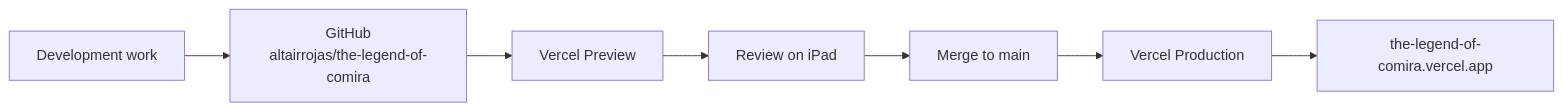
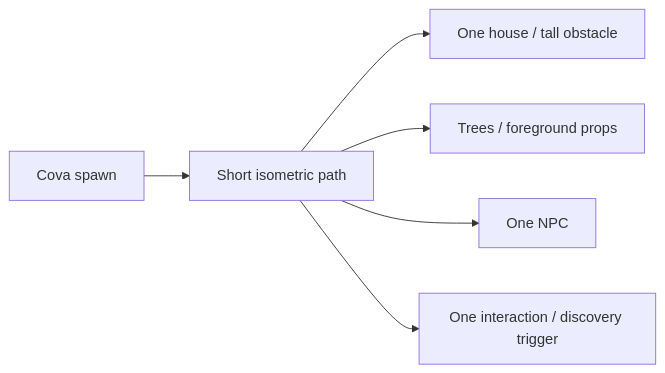
One commit to altairrojas/the-legend-of-comira changed the third of 5 diagrams in README.md. Above: the diagram before and after it, drawn with Mermaid. The commit also changed other lines of this file, not shown here.

Commit message:
docs: redefine game as isometric exploration RPG

````diff
--- a/README.md
+++ b/README.md
@@ -203,9 +302,8 @@
 ```mermaid
 graph LR;
-    Work["Development work"] --> GitHub["GitHub<br/>altairrojas/the-legend-of-comira"];
-    GitHub --> Preview["Vercel Preview"];
-    Preview --> Review["Review on iPad"];
-    Review --> Main["Merge to main"];
-    Main --> Production["Vercel Production"];
-    Production --> Domain["the-legend-of-comira.vercel.app"];
+    Spawn["Cova spawn"] --> Path["Short isometric path"];
+    Path --> House["One house / tall obstacle"];
+    Path --> Tree["Trees / foreground props"];
+    Path --> NPC["One NPC"];
+    Path --> Trigger["One interaction / discovery trigger"];
 ```
````
